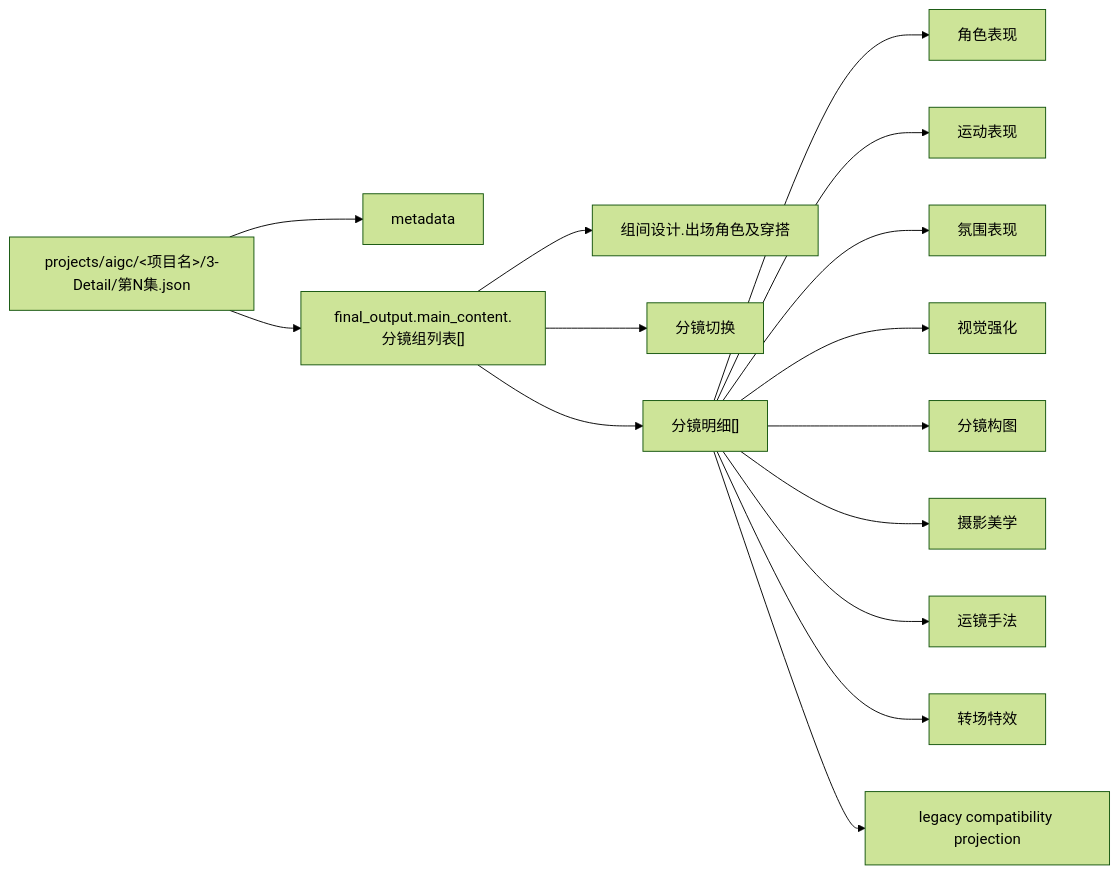
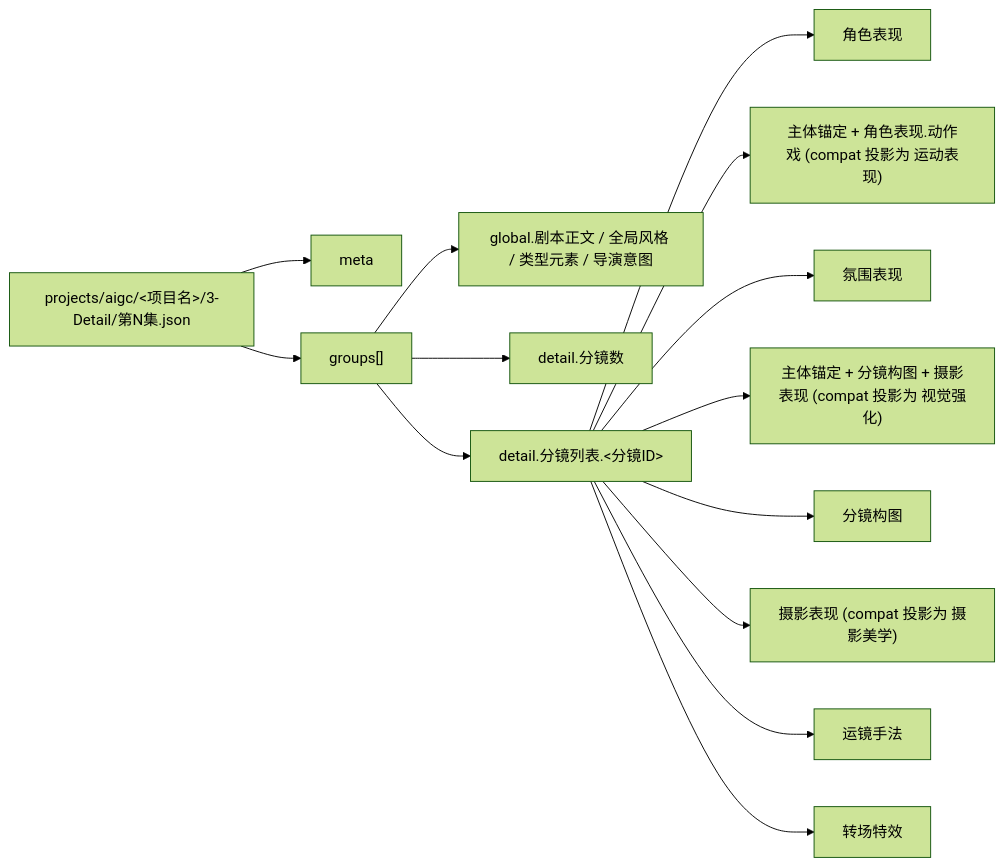
The diagram in .agents/skills/aigc/4-Design/1-清单/_shared/detail-output-consumption-contract.md (ZEN-VOID/AI-CUT), drawn with Mermaid (forest theme) before and after one commit. The commit also changed other lines of this file and 362 other files, not shown here.

````diff
--- a/.agents/skills/aigc/4-Design/1-清单/_shared/detail-output-consumption-contract.md
+++ b/.agents/skills/aigc/4-Design/1-清单/_shared/detail-output-consumption-contract.md
@@ -11,17 +13,16 @@
 ```mermaid
 flowchart LR
-    A["projects/aigc/<项目名>/3-Detail/第N集.json"] --> B["metadata"]
-    A --> C["final_output.main_content.分镜组列表[]"]
-    C --> D["组间设计.出场角色及穿搭"]
-    C --> E["分镜切换"]
-    C --> F["分镜明细[]"]
+    A["projects/aigc/<项目名>/3-Detail/第N集.json"] --> B["meta"]
+    A --> C["groups[]"]
+    C --> D["global.剧本正文 / 全局风格 / 类型元素 / 导演意图"]
+    C --> E["detail.分镜数"]
+    C --> F["detail.分镜列表.<分镜ID>"]
     F --> G["角色表现"]
-    F --> H["运动表现"]
+    F --> H["主体锚定 + 角色表现.动作戏 (compat 投影为 运动表现)"]
     F --> I["氛围表现"]
-    F --> J["视觉强化"]
+    F --> J["主体锚定 + 分镜构图 + 摄影表现 (compat 投影为 视觉强化)"]
     F --> K["分镜构图"]
-    F --> L["摄影美学"]
+    F --> L["摄影表现 (compat 投影为 摄影美学)"]
     F --> M["运镜手法"]
     F --> N["转场特效"]
-    F --> O["legacy compatibility projection"]
 ```
````
